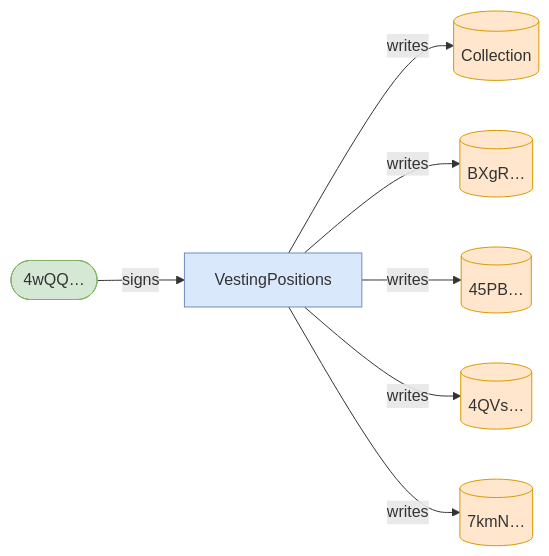
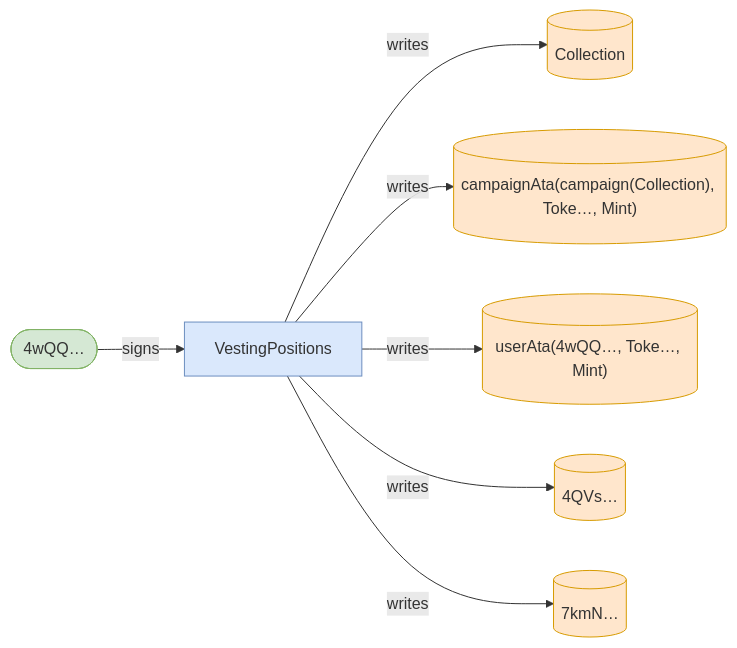
The eighth of 9 diagrams in babelfish-tests/test-report/scenario_1_alice_first_and_subsequent_claim.md (cds-turbin3/vesting-position), drawn with Mermaid before and after one commit. The commit also changed other lines of this file and 51 other files, not shown here.

````diff
--- a/babelfish-tests/test-report/scenario_1_alice_first_and_subsequent_claim.md
+++ b/babelfish-tests/test-report/scenario_1_alice_first_and_subsequent_claim.md
@@ -398,19 +346,19 @@
 ```mermaid
 flowchart LR
     VestingPositions["VestingPositions"]:::program
     4wQQ(["4wQQ…"]):::signer
     Collection[("Collection")]:::state
-    BXgR[("BXgR…")]:::state
-    45PB[("45PB…")]:::state
+    campaignAtacampaignCollectionTokeMint[("campaignAta(campaign(Collection), Toke…, Mint)")]:::state
+    userAta4wQQTokeMint[("userAta(4wQQ…, Toke…, Mint)")]:::state
     4QVs[("4QVs…")]:::state
     7kmN[("7kmN…")]:::state
     4wQQ -->|signs| VestingPositions
     VestingPositions -->|writes| Collection
-    VestingPositions -->|writes| BXgR
-    VestingPositions -->|writes| 45PB
+    VestingPositions -->|writes| campaignAtacampaignCollectionTokeMint
+    VestingPositions -->|writes| userAta4wQQTokeMint
     VestingPositions -->|writes| 4QVs
     VestingPositions -->|writes| 7kmN
     classDef program fill:#dae8fc,stroke:#6c8ebf;
     classDef signer fill:#d5e8d4,stroke:#82b366;
     classDef state fill:#ffe6cc,stroke:#d79b00;
 ```
````
